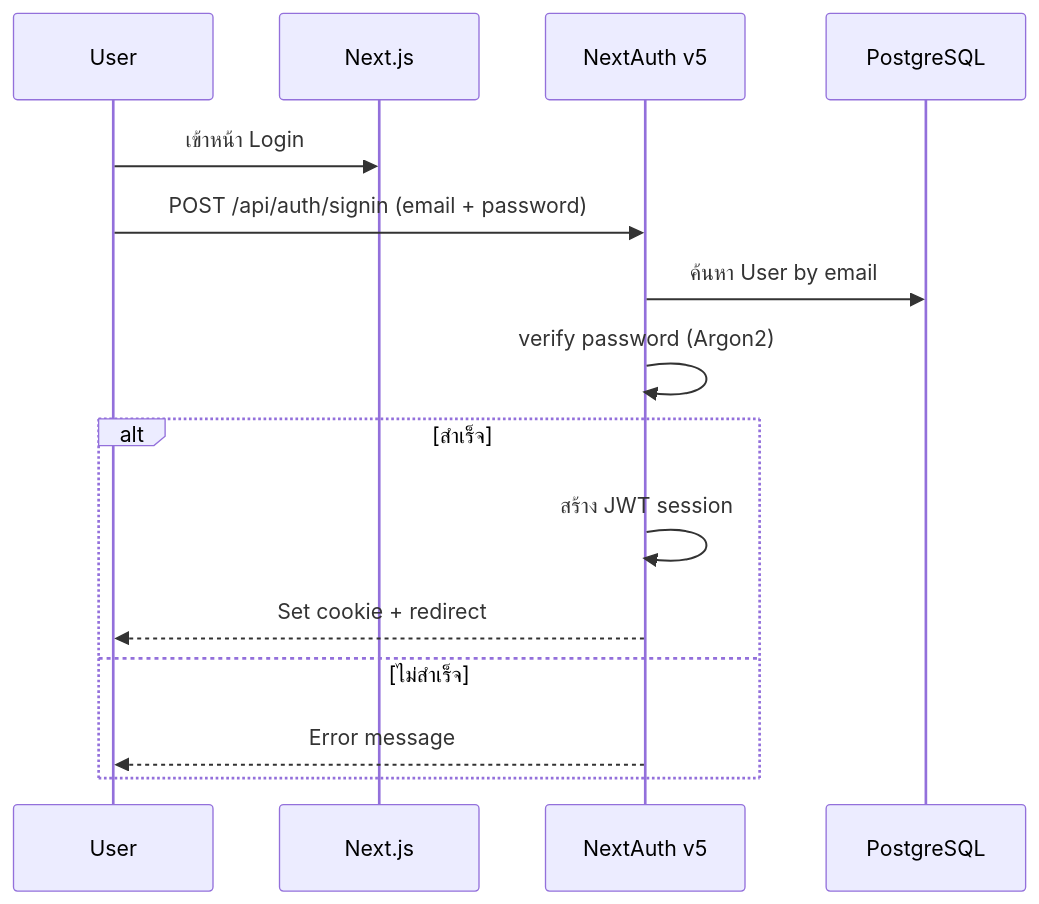
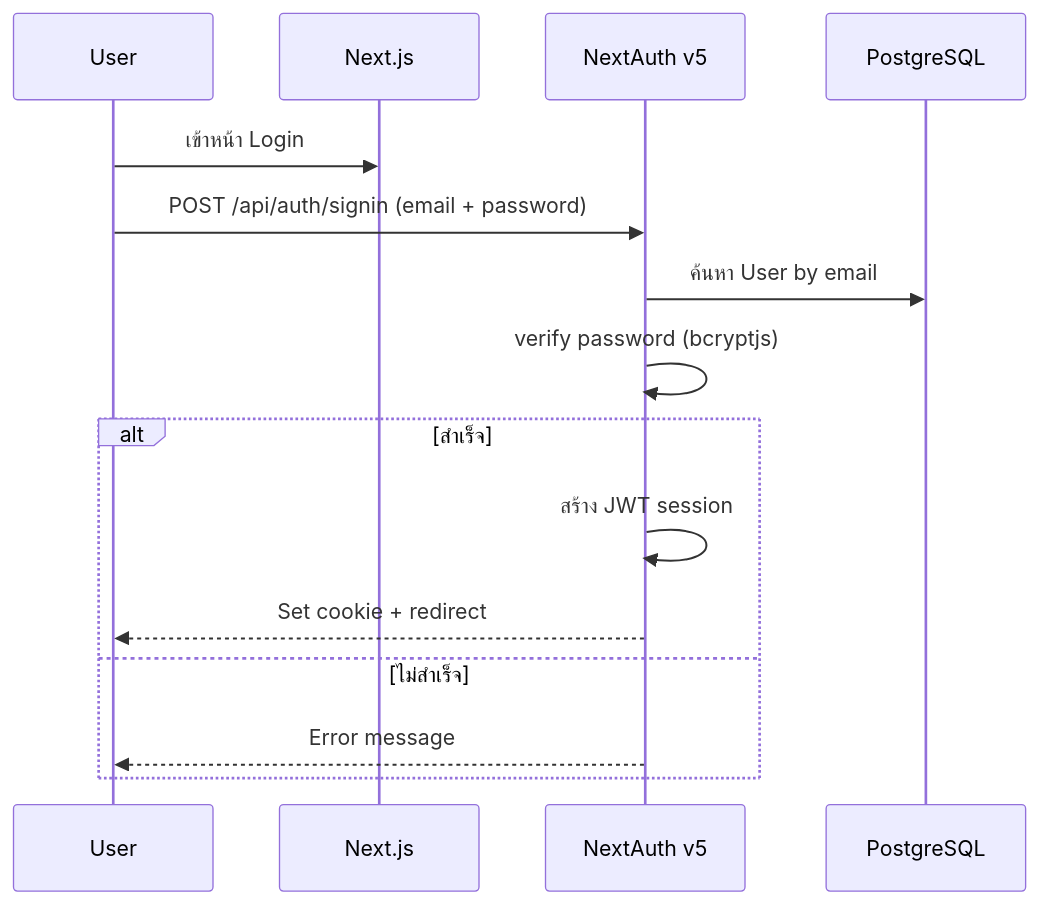
One commit to PALAWAN99/PALAWAN99 changed the diagram in docs/05-auth-and-roles.md. Above: the diagram before and after it, drawn with Mermaid. The commit also changed other lines of this file and 39 other files, not shown here.

Commit message:
refactor: replace argon2 with bcryptjs and fix prisma engine for turbopack compatibility

````diff
--- a/docs/05-auth-and-roles.md
+++ b/docs/05-auth-and-roles.md
@@ -46,18 +46,18 @@
 ```mermaid
 sequenceDiagram
     participant U as User
     participant App as Next.js
     participant Auth as NextAuth v5
     participant DB as PostgreSQL
 
     U->>App: เข้าหน้า Login
     U->>Auth: POST /api/auth/signin (email + password)
     Auth->>DB: ค้นหา User by email
-    Auth->>Auth: verify password (Argon2)
+    Auth->>Auth: verify password (bcryptjs)
     alt สำเร็จ
         Auth->>Auth: สร้าง JWT session
         Auth-->>U: Set cookie + redirect
     else ไม่สำเร็จ
         Auth-->>U: Error message
     end
 ```
````
